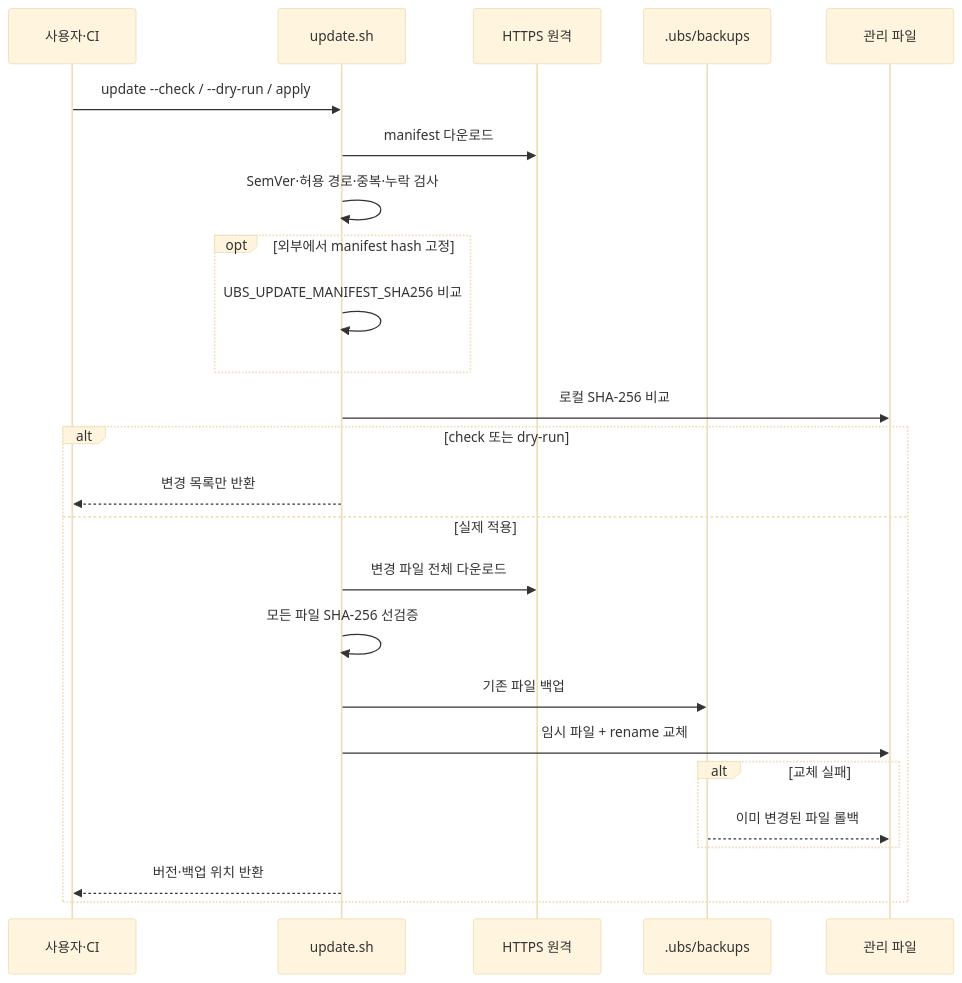
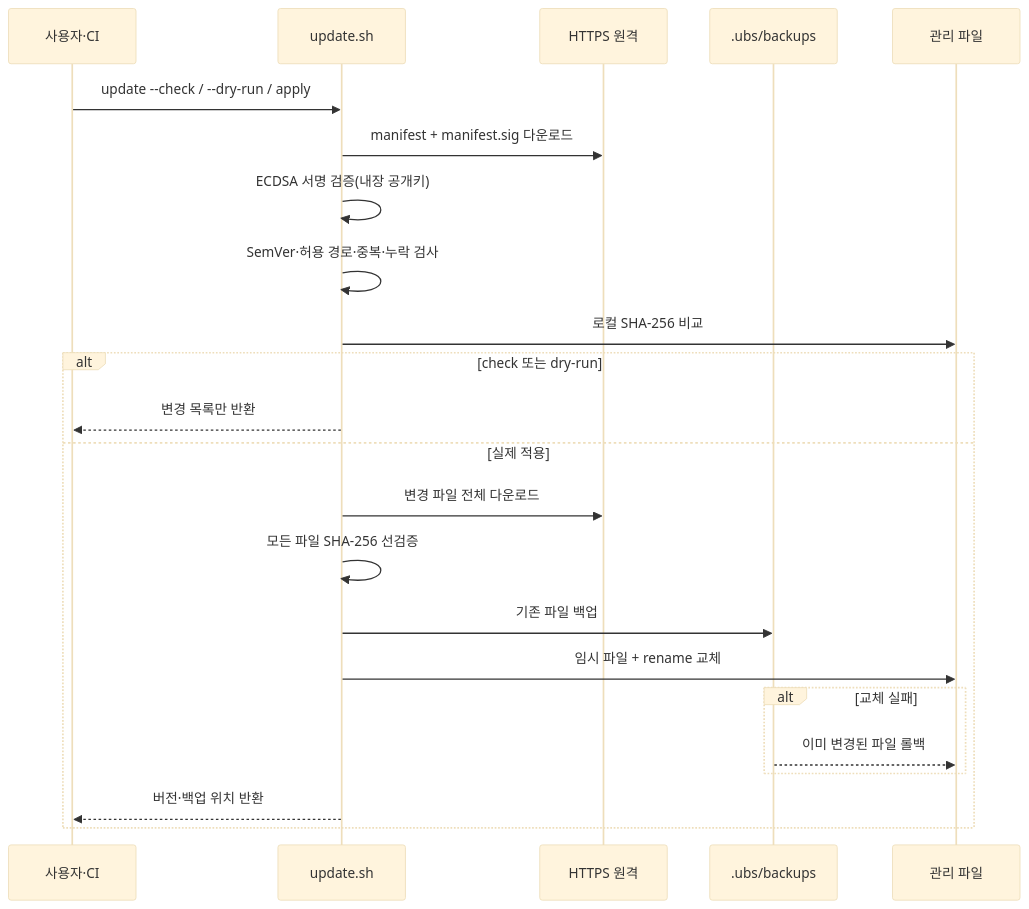
One commit to Claude-Personal/ubs changed the seventh of 11 diagrams in README.md. Above: the diagram before and after it, drawn with Mermaid (base theme). The commit also changed other lines of this file and 12 other files, not shown here.

First line of the commit message:
feat: update manifest ECDSA 서명 검증 도입 (v3.8.0) (#37)

````diff
--- a/README.md
+++ b/README.md
@@ -435,27 +435,25 @@
 ```mermaid
 sequenceDiagram
     participant C as 사용자·CI
     participant U as update.sh
     participant H as HTTPS 원격
     participant B as .ubs/backups
     participant F as 관리 파일
     C->>U: update --check / --dry-run / apply
-    U->>H: manifest 다운로드
+    U->>H: manifest + manifest.sig 다운로드
+    U->>U: ECDSA 서명 검증(내장 공개키)
     U->>U: SemVer·허용 경로·중복·누락 검사
-    opt 외부에서 manifest hash 고정
-        U->>U: UBS_UPDATE_MANIFEST_SHA256 비교
-    end
     U->>F: 로컬 SHA-256 비교
     alt check 또는 dry-run
         U-->>C: 변경 목록만 반환
     else 실제 적용
         U->>H: 변경 파일 전체 다운로드
         U->>U: 모든 파일 SHA-256 선검증
         U->>B: 기존 파일 백업
         U->>F: 임시 파일 + rename 교체
         alt 교체 실패
             B-->>F: 이미 변경된 파일 롤백
         end
         U-->>C: 버전·백업 위치 반환
     end
 ```
````
